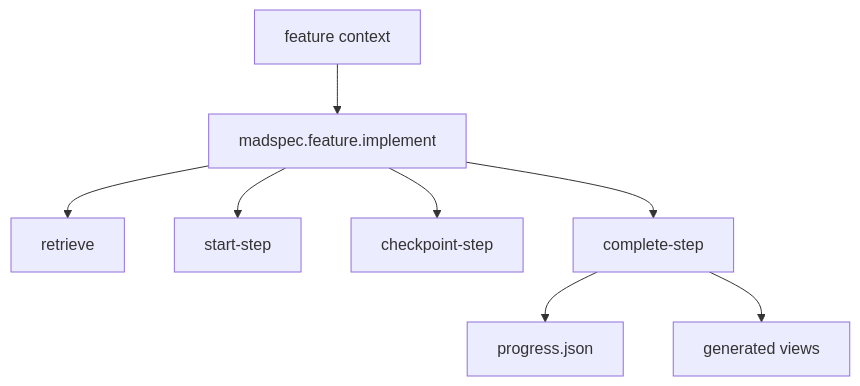
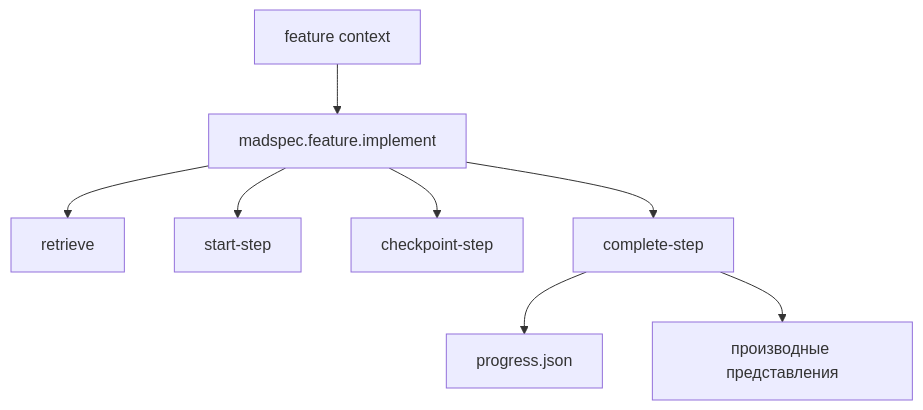
Before and after one commit to MADTeacher/MADSpec: the first of 4 diagrams in docs/feature/madspec.feature.implement.md, drawn with Mermaid. The commit also changed other lines of this file and 19 other files, not shown here.

````diff
--- a/docs/feature/madspec.feature.implement.md
+++ b/docs/feature/madspec.feature.implement.md
@@ -81,10 +81,10 @@
 ```mermaid
 flowchart TD
     F["feature context"] --> A["madspec.feature.implement"]
     A --> R["retrieve"]
     A --> S["start-step"]
     A --> C["checkpoint-step"]
     A --> X["complete-step"]
     X --> P["progress.json"]
-    X --> G["generated views"]
+    X --> G["производные представления"]
 ```
````
